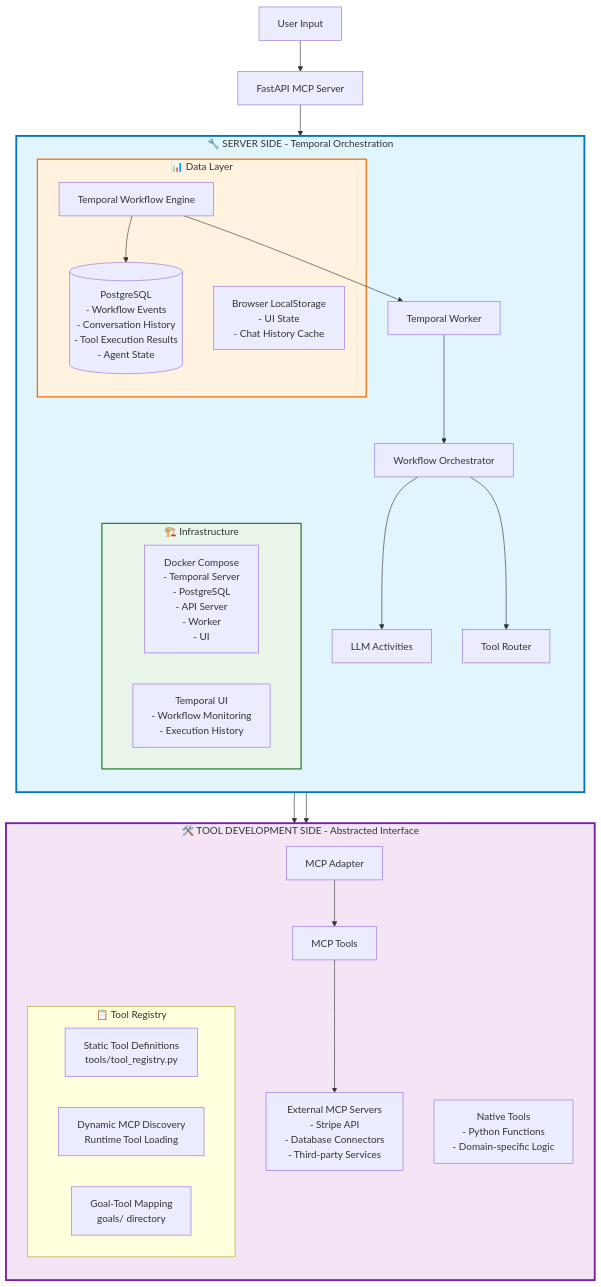
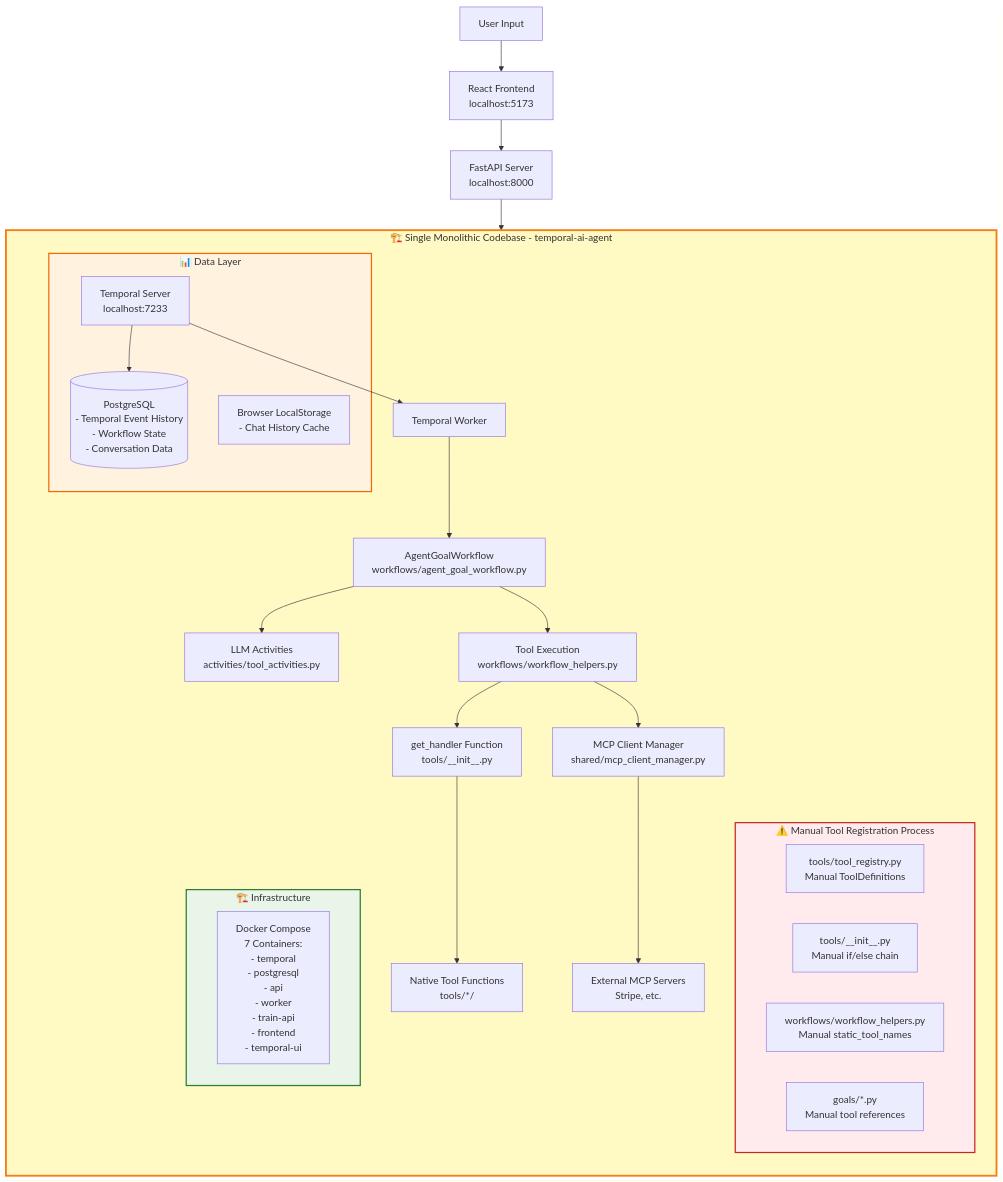
Before and after one commit to shin-hyuk/yoda: the diagram in TEMPORAL_AI_AGENT_TECHNICAL_DOCUMENTATION.md, drawn with Mermaid. The commit also changed other lines of this file, not shown here.

````diff
--- a/TEMPORAL_AI_AGENT_TECHNICAL_DOCUMENTATION.md
+++ b/TEMPORAL_AI_AGENT_TECHNICAL_DOCUMENTATION.md
@@ -56,48 +56,47 @@
 ```mermaid
 graph TB
-    User[User Input] --> API[FastAPI MCP Server]
-    API --> Temporal[Temporal Workflow Engine]
+    User[User Input] --> Frontend[React Frontend<br/>localhost:5173]
+    Frontend --> API[FastAPI Server<br/>localhost:8000]
+    API --> Temporal[Temporal Server<br/>localhost:7233]
     Temporal --> Worker[Temporal Worker]
     
-    subgraph ServerSide ["🔧 SERVER SIDE - Temporal Orchestration"]
+    subgraph MonolithicSystem ["🏗️ Single Monolithic Codebase - temporal-ai-agent"]
         direction TB
-        Worker --> Orchestrator[Workflow Orchestrator]
-        Orchestrator --> LLM[LLM Activities]
-        Orchestrator --> ToolRouter[Tool Router]
+        Worker --> AgentWorkflow[AgentGoalWorkflow<br/>workflows/agent_goal_workflow.py]
+        AgentWorkflow --> LLMActivity[LLM Activities<br/>activities/tool_activities.py]
+        AgentWorkflow --> ToolExecution[Tool Execution<br/>workflows/workflow_helpers.py]
+        
+        ToolExecution --> GetHandler[get_handler Function<br/>tools/__init__.py]
+        GetHandler --> NativeTools[Native Tool Functions<br/>tools/*/]
+        
+        ToolExecution --> MCPClient[MCP Client Manager<br/>shared/mcp_client_manager.py]
+        MCPClient --> ExternalMCP[External MCP Servers<br/>Stripe, etc.]
+        
+        subgraph ManualRegistration ["⚠️ Manual Tool Registration Process"]
+            ToolRegistry[tools/tool_registry.py<br/>Manual ToolDefinitions]
+            HandlerMapping[tools/__init__.py<br/>Manual if/else chain]
+            StaticList[workflows/workflow_helpers.py<br/>Manual static_tool_names]
+            GoalFiles[goals/*.py<br/>Manual tool references]
+        end
         
         subgraph DataLayer ["📊 Data Layer"]
-            Postgres[(PostgreSQL<br/>- Workflow Events<br/>- Conversation History<br/>- Tool Execution Results<br/>- Agent State)]
+            Postgres[(PostgreSQL<br/>- Temporal Event History<br/>- Workflow State<br/>- Conversation Data)]
             Temporal --> Postgres
-            LocalStorage[Browser LocalStorage<br/>- UI State<br/>- Chat History Cache]
+            LocalStorage[Browser LocalStorage<br/>- Chat History Cache]
         end
         
         subgraph Infrastructure ["🏗️ Infrastructure"]
-            Docker[Docker Compose<br/>- Temporal Server<br/>- PostgreSQL<br/>- API Server<br/>- Worker<br/>- UI]
-            TemporalUI[Temporal UI<br/>- Workflow Monitoring<br/>- Execution History]
+            Docker[Docker Compose<br/>7 Containers:<br/>- temporal<br/>- postgresql<br/>- api<br/>- worker<br/>- train-api<br/>- frontend<br/>- temporal-ui]
         end
     end
     
-    subgraph ToolDev ["🛠️ TOOL DEVELOPMENT SIDE - Abstracted Interface"]
-        direction TB
-        ToolRouter --> NativeTools[Native Tools<br/>- Python Functions<br/>- Domain-specific Logic]
-        ToolRouter --> MCPAdapter[MCP Adapter]
-        MCPAdapter --> MCPTools[MCP Tools]
-        MCPTools --> External[External MCP Servers<br/>- Stripe API<br/>- Database Connectors<br/>- Third-party Services]
-        
-        subgraph ToolRegistry ["📋 Tool Registry"]
-            StaticTools[Static Tool Definitions<br/>tools/tool_registry.py]
-            DynamicTools[Dynamic MCP Discovery<br/>Runtime Tool Loading]
-            GoalMapping[Goal-Tool Mapping<br/>goals/ directory]
-        end
-    end
-    
-    classDef serverBox fill:#e1f5fe,stroke:#0277bd,stroke-width:3px
-    classDef toolBox fill:#f3e5f5,stroke:#7b1fa2,stroke-width:3px
+    classDef monolith fill:#fff9c4,stroke:#f57f17,stroke-width:3px
+    classDef manual fill:#ffebee,stroke:#c62828,stroke-width:2px
     classDef dataBox fill:#fff3e0,stroke:#ef6c00,stroke-width:2px
     classDef infraBox fill:#e8f5e8,stroke:#2e7d32,stroke-width:2px
     
-    class ServerSide serverBox
-    class ToolDev toolBox
+    class MonolithicSystem monolith
+    class ManualRegistration manual
     class DataLayer dataBox
     class Infrastructure infraBox
 ```
````
